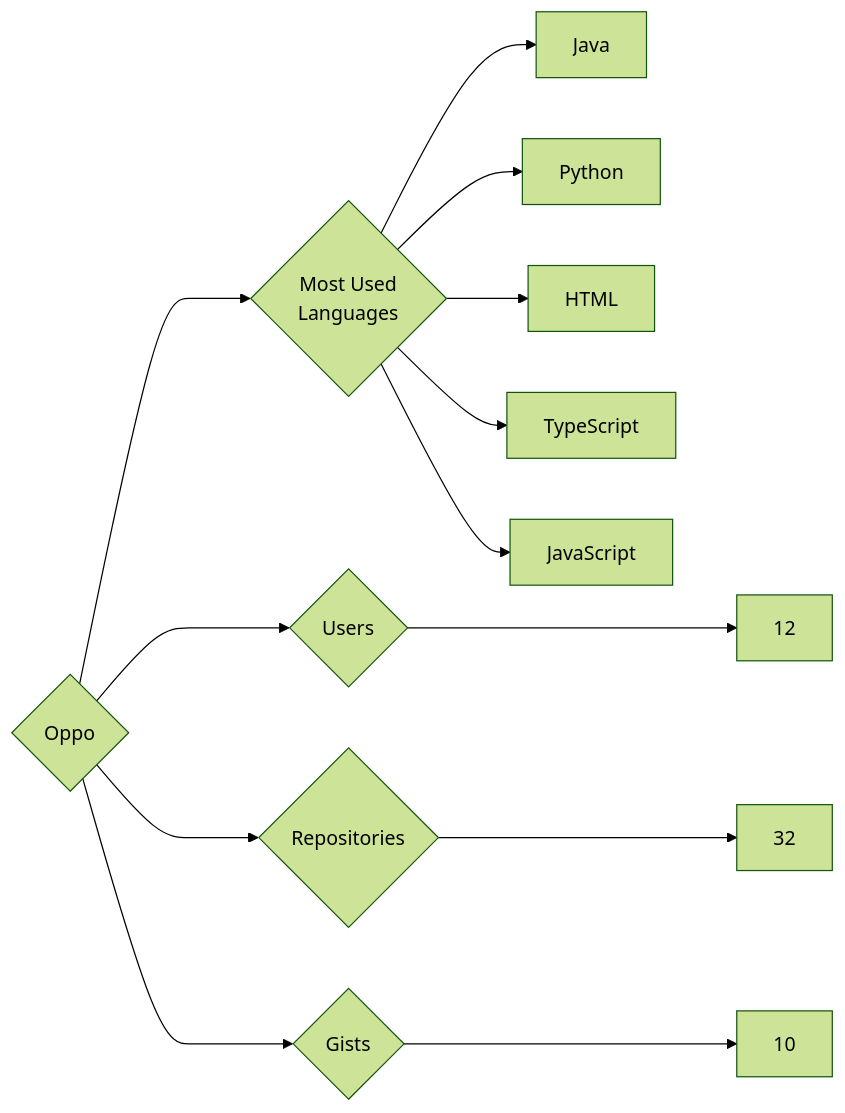
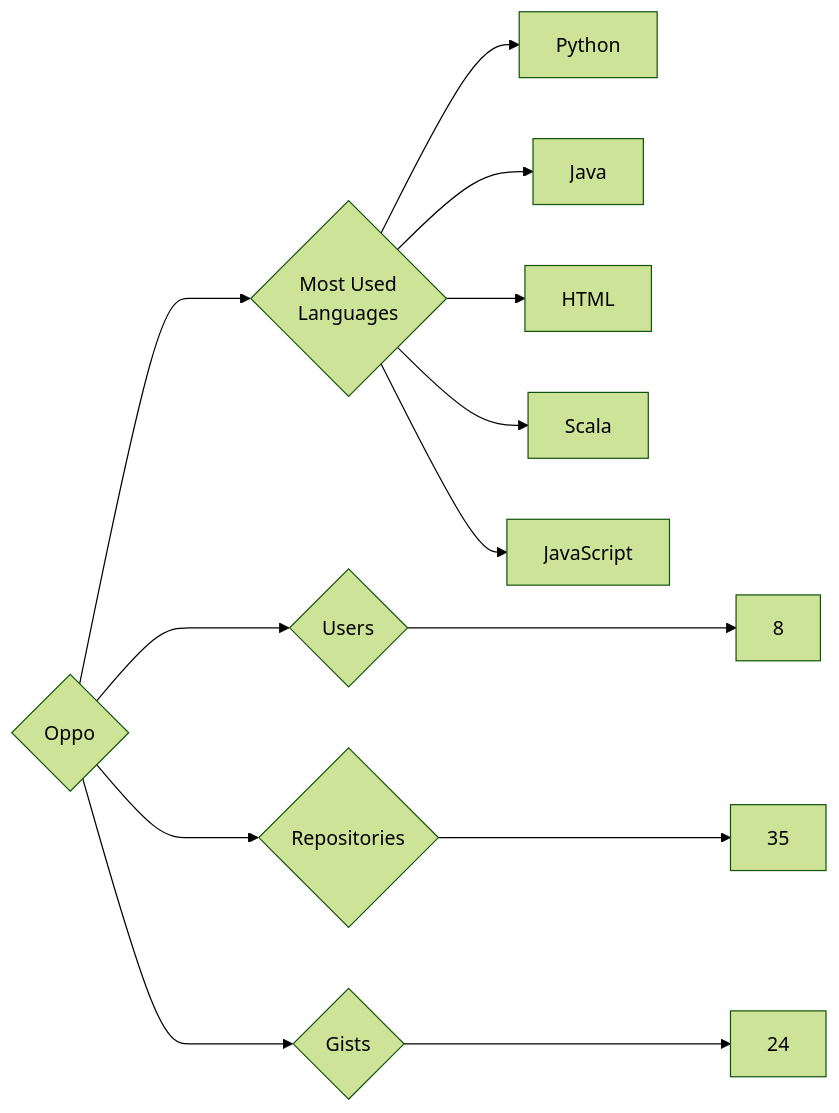
Before and after one commit to trickest/insiders: the diagram in targets/Oppo/README.md, drawn with Mermaid (forest theme). The commit also changed 1479 other files, not shown here.

````diff
--- a/targets/Oppo/README.md
+++ b/targets/Oppo/README.md
@@ -3,13 +3,13 @@
 ```mermaid
 graph LR
 COMPANY_NAME{Oppo}
-COMPANY_NAME ---> U{Users} ---> UN[12]
-COMPANY_NAME ---> R{Repositories} ---> RN[32]
-COMPANY_NAME ---> G{Gists} ---> GN[10]
+COMPANY_NAME ---> U{Users} ---> UN[8]
+COMPANY_NAME ---> R{Repositories} ---> RN[35]
+COMPANY_NAME ---> G{Gists} ---> GN[24]
 COMPANY_NAME ---> ML{Most Used<br>Languages}
+ML --> Python[Python]
 ML --> Java[Java]
-ML --> Python[Python]
 ML --> HTML[HTML]
-ML --> TypeScript[TypeScript]
+ML --> Scala[Scala]
 ML --> JavaScript[JavaScript]
 ```
````
